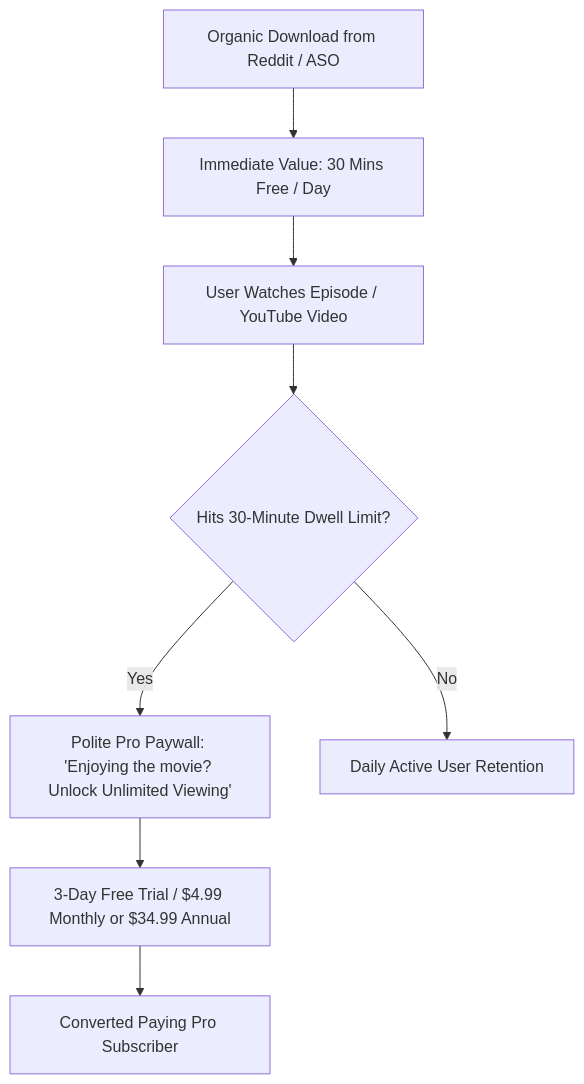
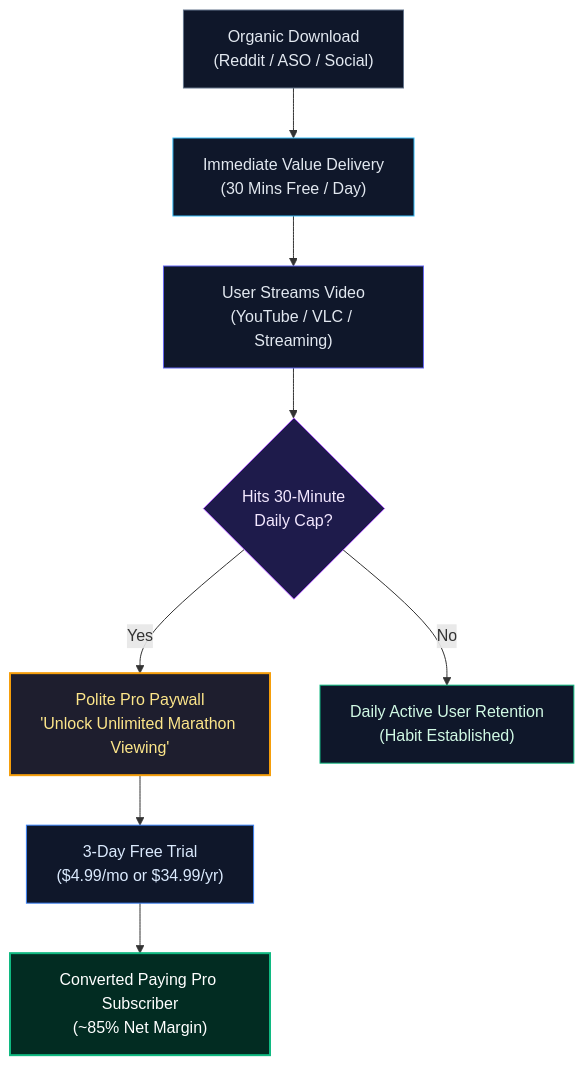
The fourth of 8 diagrams in docs/BUSINESS_PLAN.md (martinfou/close-caption), drawn with Mermaid before and after one commit. The commit also changed other lines of this file, not shown here.

Commit message:
docs: enrich business plan with native Mermaid diagrams across all sections

````diff
--- a/docs/BUSINESS_PLAN.md
+++ b/docs/BUSINESS_PLAN.md
@@ -101,10 +112,19 @@
 ```mermaid
 flowchart TD
-    A[Organic Download from Reddit / ASO] --> B[Immediate Value: 30 Mins Free / Day]
-    B --> C[User Watches Episode / YouTube Video]
-    C --> D{Hits 30-Minute Dwell Limit?}
-    D -- Yes --> E[Polite Pro Paywall: 'Enjoying the movie? Unlock Unlimited Viewing']
-    D -- No --> F[Daily Active User Retention]
-    E --> G[3-Day Free Trial / $4.99 Monthly or $34.99 Annual]
-    G --> H[Converted Paying Pro Subscriber]
+    A["Organic Download<br/>(Reddit / ASO / Social)"] --> B["Immediate Value Delivery<br/>(30 Mins Free / Day)"]
+    B --> C["User Streams Video<br/>(YouTube / VLC / Streaming)"]
+    C --> D{"Hits 30-Minute<br/>Daily Cap?"}
+    D -- Yes --> E["Polite Pro Paywall<br/>'Unlock Unlimited Marathon Viewing'"]
+    D -- No --> F["Daily Active User Retention<br/>(Habit Established)"]
+    E --> G["3-Day Free Trial<br/>($4.99/mo or $34.99/yr)"]
+    G --> H["Converted Paying Pro Subscriber<br/>(~85% Net Margin)"]
+
+    style A fill:#0f172a,stroke:#64748b,stroke-width:1px,color:#e2e8f0
+    style B fill:#0f172a,stroke:#38bdf8,stroke-width:1px,color:#e2e8f0
+    style C fill:#0f172a,stroke:#6366f1,stroke-width:1px,color:#e2e8f0
+    style D fill:#1e1b4b,stroke:#a855f7,stroke-width:1px,color:#f3e8ff
+    style E fill:#1e1e2e,stroke:#f59e0b,stroke-width:2px,color:#fde68a
+    style F fill:#0f172a,stroke:#10b981,stroke-width:1px,color:#d1fae5
+    style G fill:#0f172a,stroke:#3b82f6,stroke-width:1px,color:#dbeafe
+    style H fill:#022c22,stroke:#10b981,stroke-width:2px,color:#ffffff
 ```
````
